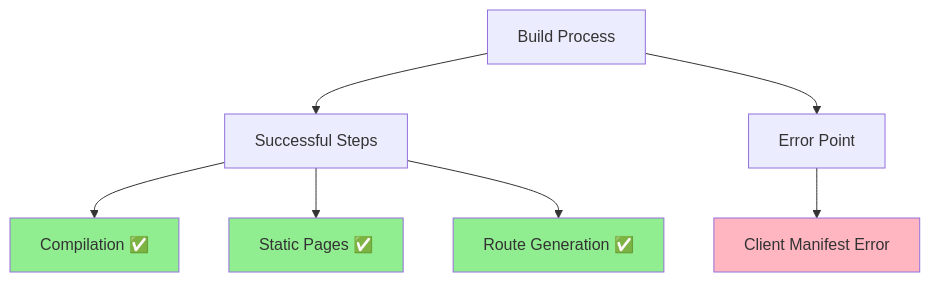
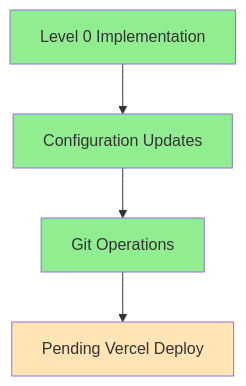
Before and after one commit to Mark0025/chameleoncollective: the diagram in nextjs-dashboard/_DEV_MAN/ai-agent-tasks/pending/test_implementation_checkpoint_2024-02-25_1627.md, drawn with Mermaid. The commit also changed other lines of this file and 18 other files, not shown here.

````diff
--- a/nextjs-dashboard/_DEV_MAN/ai-agent-tasks/pending/test_implementation_checkpoint_2024-02-25_1627.md
+++ b/nextjs-dashboard/_DEV_MAN/ai-agent-tasks/pending/test_implementation_checkpoint_2024-02-25_1627.md
@@ -260,14 +8,11 @@
 ```mermaid
 graph TD
-    A[Build Process] --> B[Successful Steps]
-    A --> C[Error Point]
-    B --> D[Compilation ✅]
-    B --> E[Static Pages ✅]
-    B --> F[Route Generation ✅]
-    C --> G[Client Manifest Error]
+    A[Level 0 Implementation] --> B[Configuration Updates]
+    B --> C[Git Operations]
+    C --> D[Pending Vercel Deploy]
     
-    style D fill:#90EE90
-    style E fill:#90EE90
-    style F fill:#90EE90
-    style G fill:#FFB6C1
+    style A fill:#90EE90
+    style B fill:#90EE90
+    style C fill:#90EE90
+    style D fill:#FFE4B5
 ```
````
